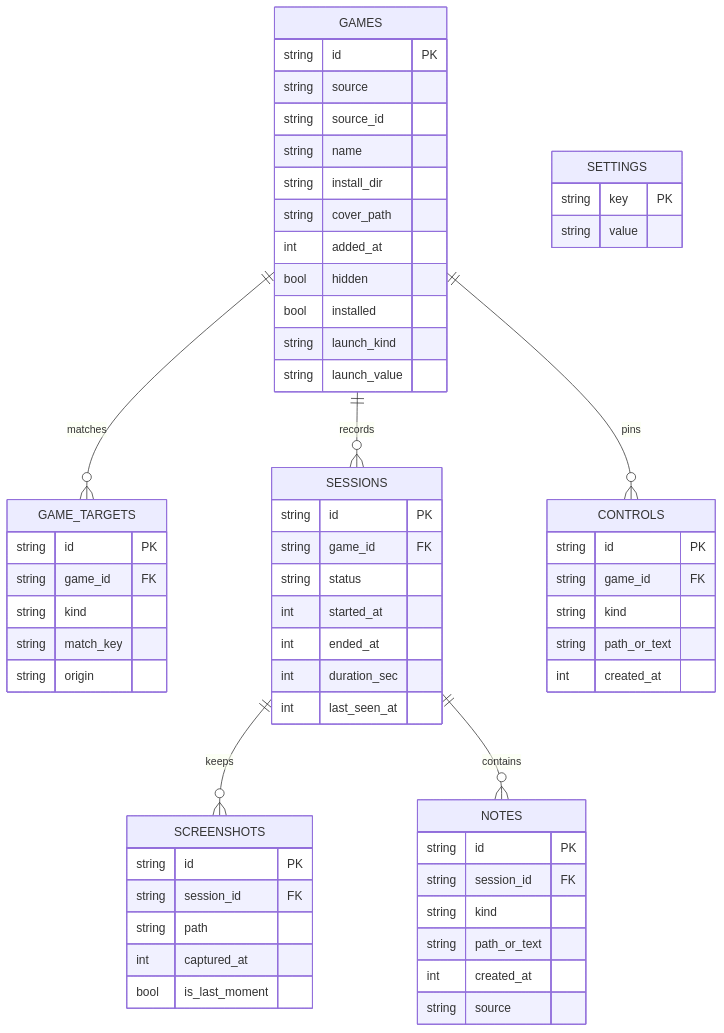
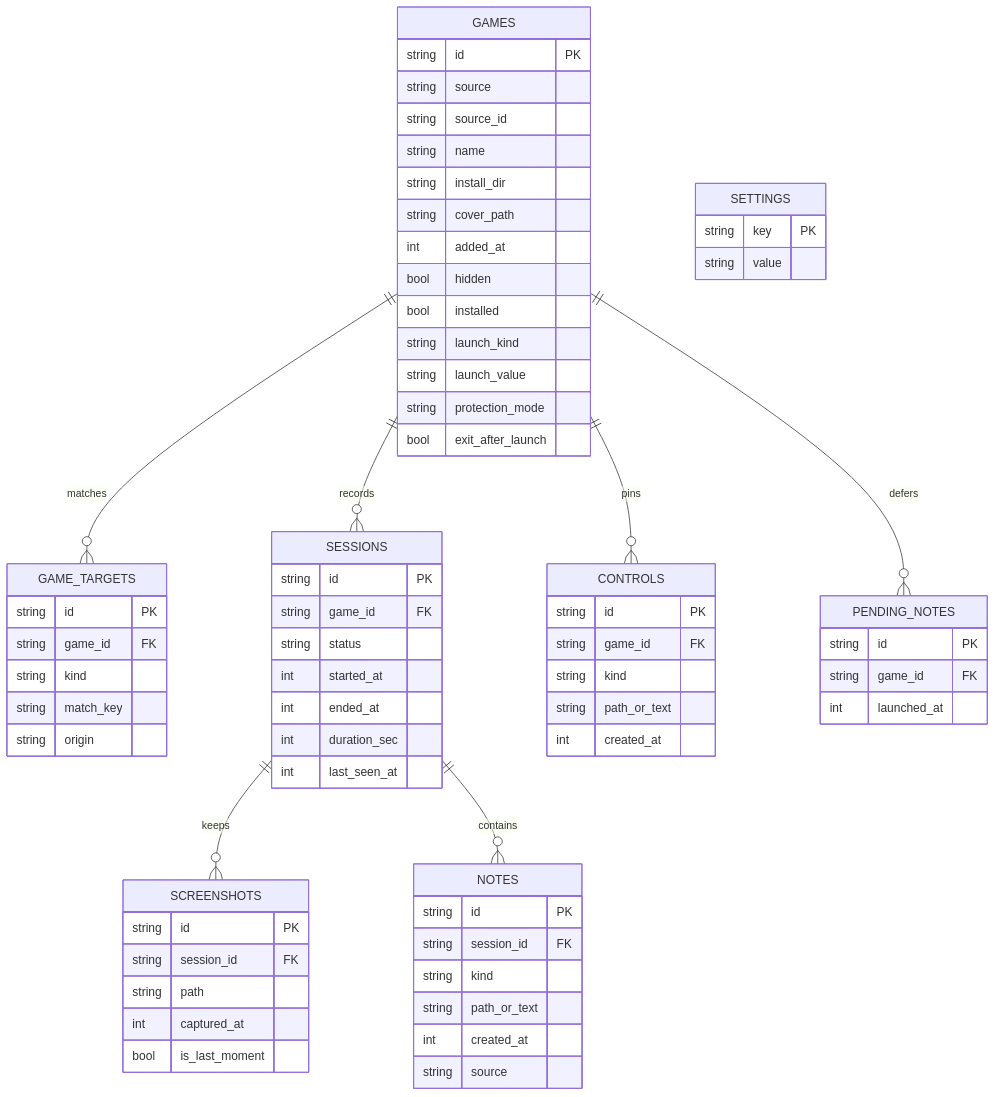
One commit to adhamelgohary-dev/game-hub changed the diagram in docs/design/04-data-model.md. Above: the diagram before and after it, drawn with Mermaid. The commit also changed other lines of this file and 26 other files, not shown here.

````diff
--- a/docs/design/04-data-model.md
+++ b/docs/design/04-data-model.md
@@ -5,63 +5,71 @@
 ```mermaid
 erDiagram
     GAMES ||--o{ GAME_TARGETS : matches
     GAMES ||--o{ SESSIONS : records
     GAMES ||--o{ CONTROLS : pins
+    GAMES ||--o{ PENDING_NOTES : defers
     SESSIONS ||--o{ SCREENSHOTS : keeps
     SESSIONS ||--o{ NOTES : contains
     GAMES {
         string id PK
         string source
         string source_id
         string name
         string install_dir
         string cover_path
         int added_at
         bool hidden
         bool installed
         string launch_kind
         string launch_value
+        string protection_mode
+        bool exit_after_launch
     }
     GAME_TARGETS {
         string id PK
         string game_id FK
         string kind
         string match_key
         string origin
     }
     SESSIONS {
         string id PK
         string game_id FK
         string status
         int started_at
         int ended_at
         int duration_sec
         int last_seen_at
     }
     SCREENSHOTS {
         string id PK
         string session_id FK
         string path
         int captured_at
         bool is_last_moment
     }
     NOTES {
         string id PK
         string session_id FK
         string kind
         string path_or_text
         int created_at
         string source
     }
     CONTROLS {
         string id PK
         string game_id FK
         string kind
         string path_or_text
         int created_at
     }
+    PENDING_NOTES {
+        string id PK
+        string game_id FK
+        int launched_at
+    }
     SETTINGS {
         string key PK
         string value
     }
 ```
````
